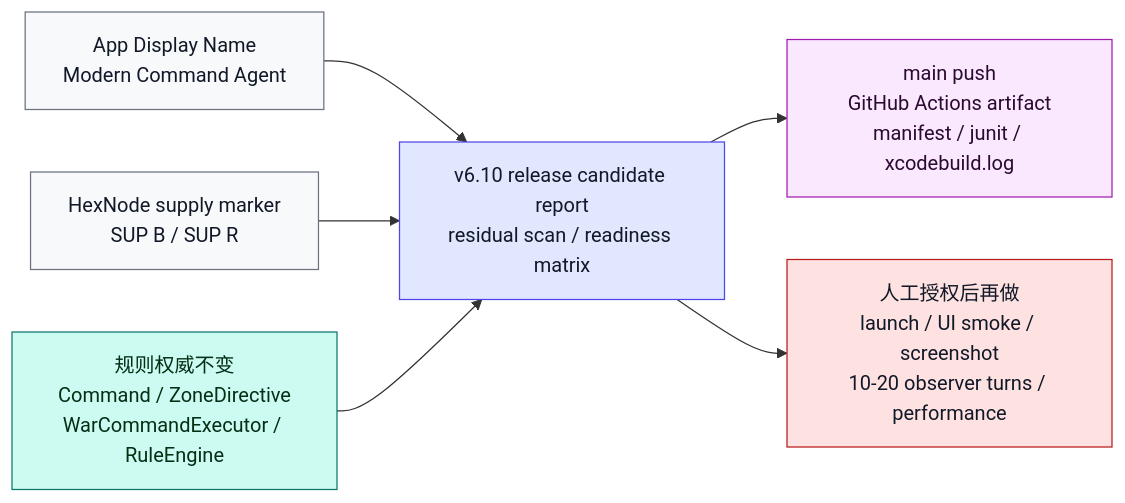
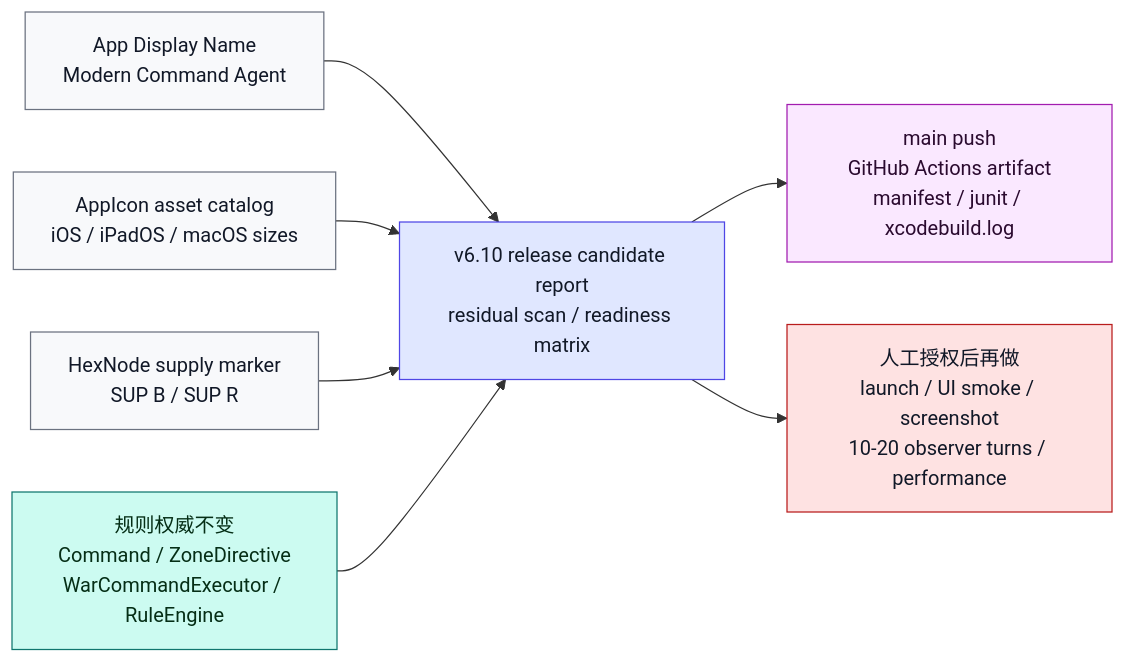
Diagram 12 of 20 in md/flow/flowchart.md (Altman-sam114/127), drawn with Mermaid before and after one commit. The commit also changed 26 other files, not shown here.

Commit message:
feat: add modern app icon assets

````diff
--- a/md/flow/flowchart.md
+++ b/md/flow/flowchart.md
@@ -351,21 +351,23 @@
 ```mermaid
 flowchart LR
     DISPLAY["App Display Name<br/>Modern Command Agent"]:::display
+    ICON["AppIcon asset catalog<br/>iOS / iPadOS / macOS sizes"]:::display
     MAP["HexNode supply marker<br/>SUP B / SUP R"]:::display
     REPORT["v6.10 release candidate report<br/>residual scan / readiness matrix"]:::doc
     RULES["规则权威不变<br/>Command / ZoneDirective<br/>WarCommandExecutor / RuleEngine"]:::rules
     CLOUD["main push<br/>GitHub Actions artifact<br/>manifest / junit / xcodebuild.log"]:::cloud
     RUNTIME["人工授权后再做<br/>launch / UI smoke / screenshot<br/>10-20 observer turns / performance"]:::risk
 
     DISPLAY --> REPORT
+    ICON --> REPORT
     MAP --> REPORT
     RULES --> REPORT
     REPORT --> CLOUD
     REPORT --> RUNTIME
 
     classDef display fill:#f8f9fb,stroke:#6b7280,color:#111827
     classDef doc fill:#e0e7ff,stroke:#4f46e5,color:#111827
     classDef rules fill:#ccfbf1,stroke:#0f766e,color:#052e16
     classDef cloud fill:#fae8ff,stroke:#a21caf,color:#2a0a2f
     classDef risk fill:#fee2e2,stroke:#b91c1c,color:#111827
 ```
````
